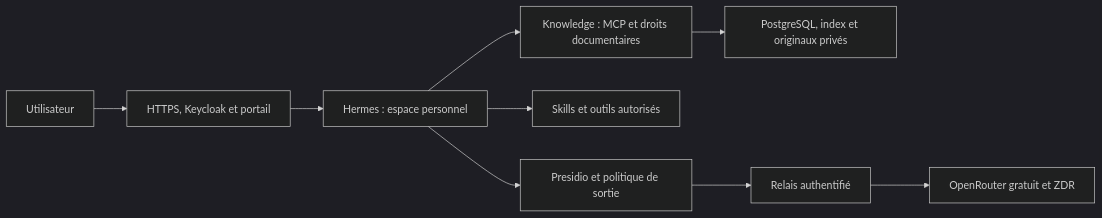
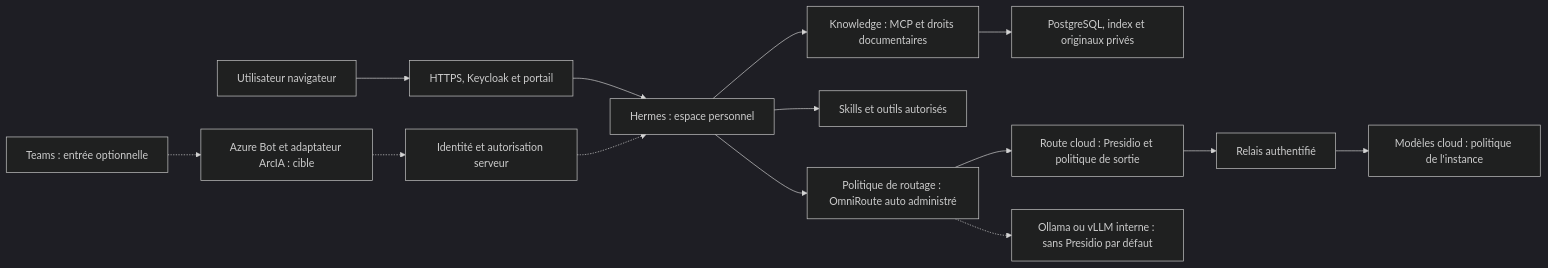
Before and after one commit to nicolastheuil/ArcIA: the diagram in README.md, drawn with Mermaid (dark theme). The commit also changed other lines of this file and 66 other files, not shown here.

Commit message:
Simplify ArcIA scope and document private OmniRoute and Teams setup

````diff
--- a/README.md
+++ b/README.md
@@ -27,11 +28,16 @@
 ```mermaid
 flowchart LR
-  U[Utilisateur] --> I[HTTPS, Keycloak et portail]
+  U[Utilisateur navigateur] --> I[HTTPS, Keycloak et portail]
   I --> H[Hermes : espace personnel]
+  TEAMS[Teams : entrée optionnelle] -.-> BOT[Azure Bot et adaptateur ArcIA : cible]
+  BOT -.-> AUTH[Identité et autorisation serveur]
+  AUTH -.-> H
   H --> K[Knowledge : MCP et droits documentaires]
   K --> D[PostgreSQL, index et originaux privés]
   H --> T[Skills et outils autorisés]
-  H --> P[Presidio et politique de sortie]
+  H --> ROUTE[Politique de routage : OmniRoute auto administré]
+  ROUTE --> P[Route cloud : Presidio et politique de sortie]
   P --> R[Relais authentifié]
-  R --> M[OpenRouter gratuit et ZDR]
+  R --> M[Modèles cloud : politique de l'instance]
+  ROUTE -.-> LOCAL[Ollama ou vLLM interne : sans Presidio par défaut]
 ```
````
